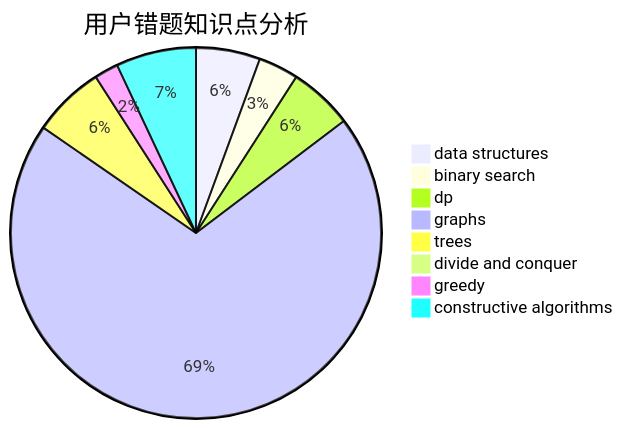
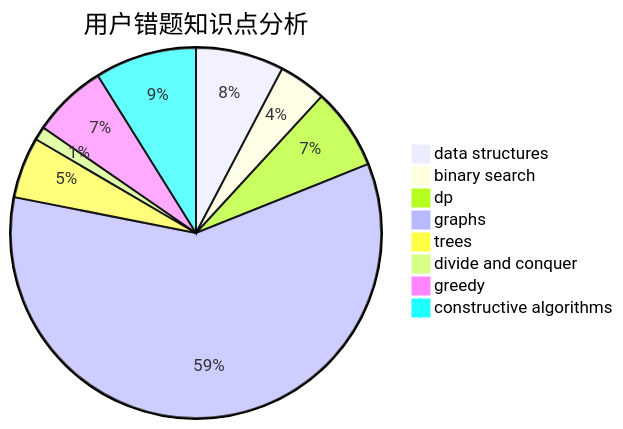
The third of 3 diagrams in docs/user/u1917.md (sherpahu/cfrs.github.io), drawn with Mermaid before and after one commit. The commit also changed other lines of this file and 2770 other files, not shown here.

````diff
--- a/docs/user/u1917.md
+++ b/docs/user/u1917.md
@@ -36,11 +36,11 @@
 ```mermaid
 pie title 用户错题知识点分析
-    "data structures" :  8
-    "binary search" :  5
-    "dp" :  8
+    "data structures" :  13
+    "binary search" :  7
+    "dp" :  12
     "graphs" :  100
     "trees" :  9
-    "divide and conquer" :  1
-    "greedy" :  3
-    "constructive algorithms" :  10
+    "divide and conquer" :  2
+    "greedy" :  11
+    "constructive algorithms" :  15
 ```
````
